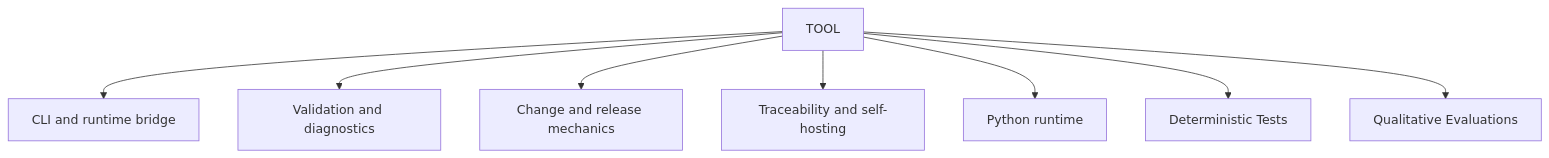
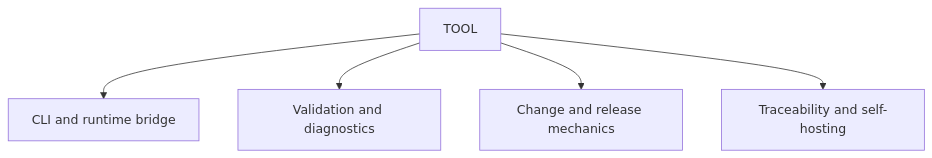
One commit to anatoly-m-maslennikov/dset-specs-loops-framework changed the diagram in 13_layer_tool/000_dset-tool-hub.md. Above: the diagram before and after it, drawn with Mermaid. The commit also changed other lines of this file and 158 other files, not shown here.

````diff
--- a/13_layer_tool/000_dset-tool-hub.md
+++ b/13_layer_tool/000_dset-tool-hub.md
@@ -17,19 +18,13 @@
 ```mermaid
 flowchart TB
     TOOL["TOOL"]
     CLI["CLI and runtime bridge"]
     VALIDATE["Validation and diagnostics"]
     LIFE["Change and release mechanics"]
     TRACE["Traceability and self-hosting"]
-    PYTHON["Python runtime"]
-    TESTS["Deterministic Tests"]
-    EVALS["Qualitative Evaluations"]
 
     TOOL --> CLI
     TOOL --> VALIDATE
     TOOL --> LIFE
     TOOL --> TRACE
-    TOOL --> PYTHON
-    TOOL --> TESTS
-    TOOL --> EVALS
 ```
````
